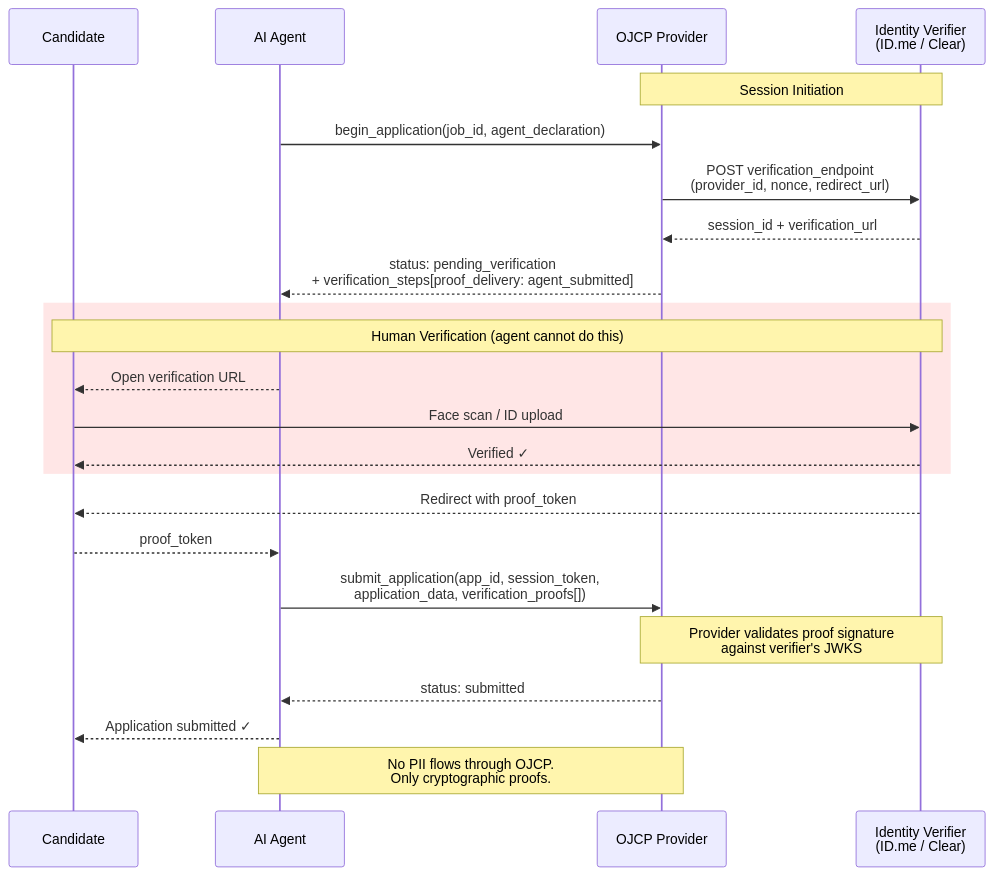
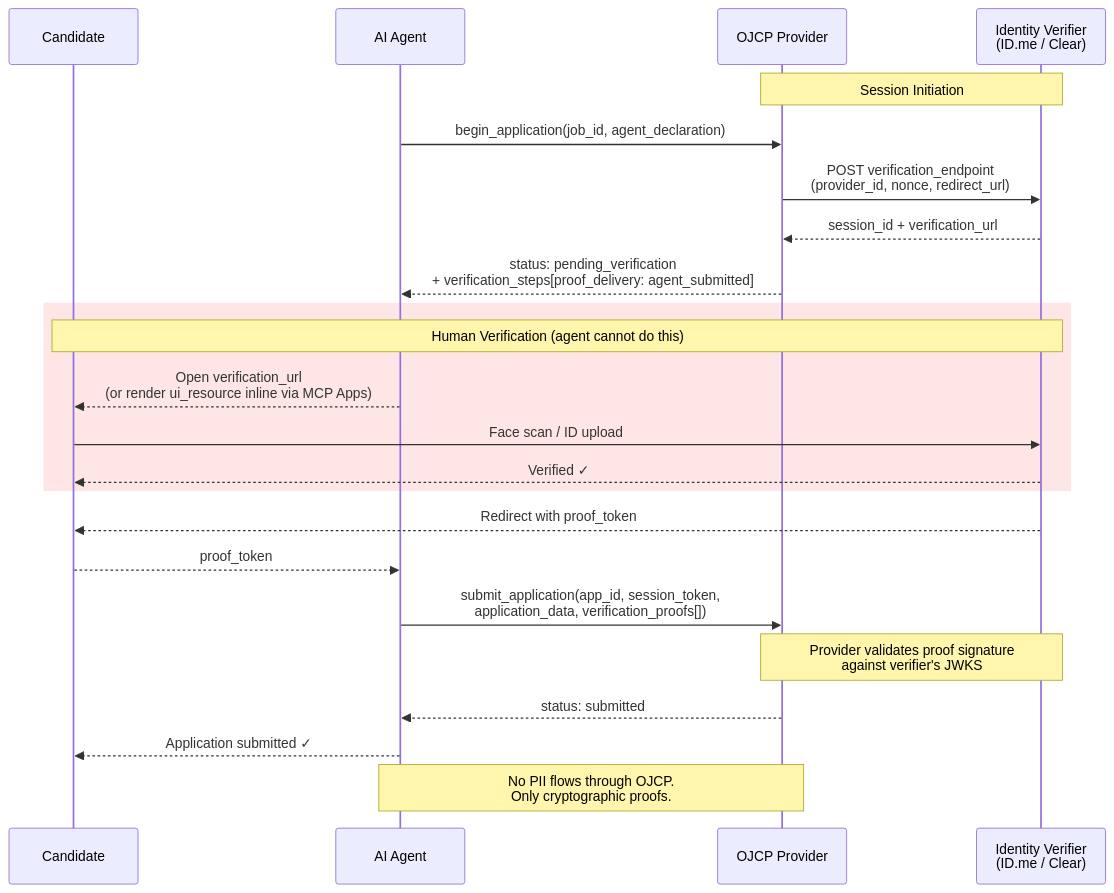
The diagram in diagrams/verification-flow.mmd (ojcp-org/ojcp), drawn with Mermaid before and after one commit. The commit also changed 7 other files, not shown here.

First line of the commit message:
Versioned spec site and 0.3 diagrams

```diff
--- a/diagrams/verification-flow.mmd
+++ b/diagrams/verification-flow.mmd
@@ -1,30 +1,30 @@
 sequenceDiagram
     participant C as Candidate
     participant A as AI Agent
     participant P as OJCP Provider
     participant V as Identity Verifier<br/>(ID.me / Clear)
 
     Note over P,V: Session Initiation
     A->>P: begin_application(job_id, agent_declaration)
     P->>V: POST verification_endpoint<br/>(provider_id, nonce, redirect_url)
     V-->>P: session_id + verification_url
     P-->>A: status: pending_verification<br/>+ verification_steps[proof_delivery: agent_submitted]
 
     rect rgb(255, 230, 230)
         Note over C,V: Human Verification (agent cannot do this)
-        A-->>C: Open verification URL
+        A-->>C: Open verification_url<br/>(or render ui_resource inline via MCP Apps)
         C->>V: Face scan / ID upload
         V-->>C: Verified ✓
     end
 
     V-->>C: Redirect with proof_token
     C-->>A: proof_token
 
     A->>P: submit_application(app_id, session_token,<br/>application_data, verification_proofs[])
 
     Note over P,V: Provider validates proof signature<br/>against verifier's JWKS
 
     P-->>A: status: submitted
     A-->>C: Application submitted ✓
 
     Note over A,P: No PII flows through OJCP.<br/>Only cryptographic proofs.
```
